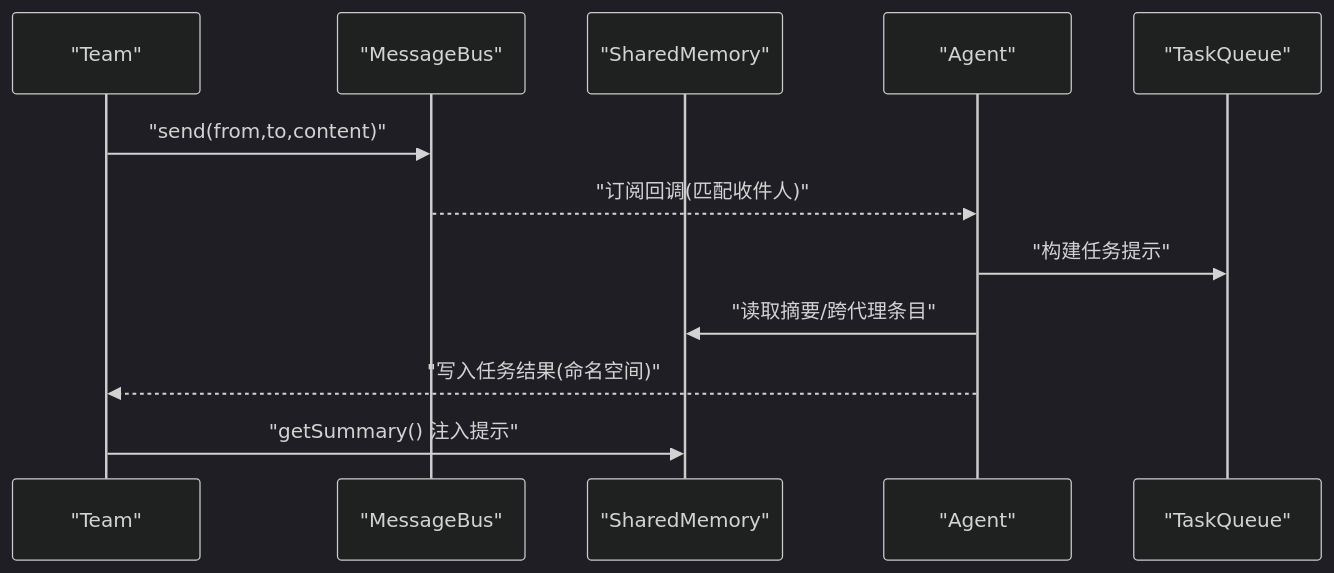
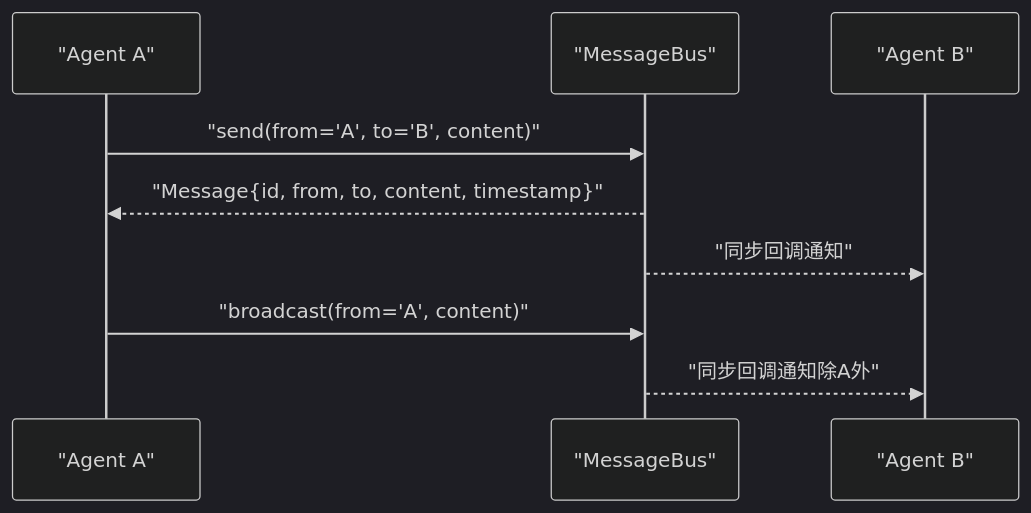
One commit to haolange/open-multi-agent changed the sixth of 7 diagrams in .qoder/repowiki/zh/content/核心概念/核心概念.md. Above: the diagram before and after it, drawn with Mermaid (dark theme). The commit also changed other lines of this file and 100 other files, not shown here.

````diff
--- a/.qoder/repowiki/zh/content/核心概念/核心概念.md
+++ b/.qoder/repowiki/zh/content/核心概念/核心概念.md
@@ -272,14 +274,11 @@
 ```mermaid
 sequenceDiagram
-participant T as "Team"
-participant MB as "MessageBus"
-participant MEM as "SharedMemory"
-participant A as "Agent"
-participant Q as "TaskQueue"
-T->>MB : "send(from,to,content)"
-MB-->>A : "订阅回调(匹配收件人)"
-A->>Q : "构建任务提示"
-A->>MEM : "读取摘要/跨代理条目"
-A-->>T : "写入任务结果(命名空间)"
-T->>MEM : "getSummary() 注入提示"
+participant A as "Agent A"
+participant BUS as "MessageBus"
+participant B as "Agent B"
+A->>BUS : "send(from='A', to='B', content)"
+BUS-->>A : "Message{id, from, to, content, timestamp}"
+BUS-->>B : "同步回调通知"
+A->>BUS : "broadcast(from='A', content)"
+BUS-->>B : "同步回调通知除A外"
 ```
````
